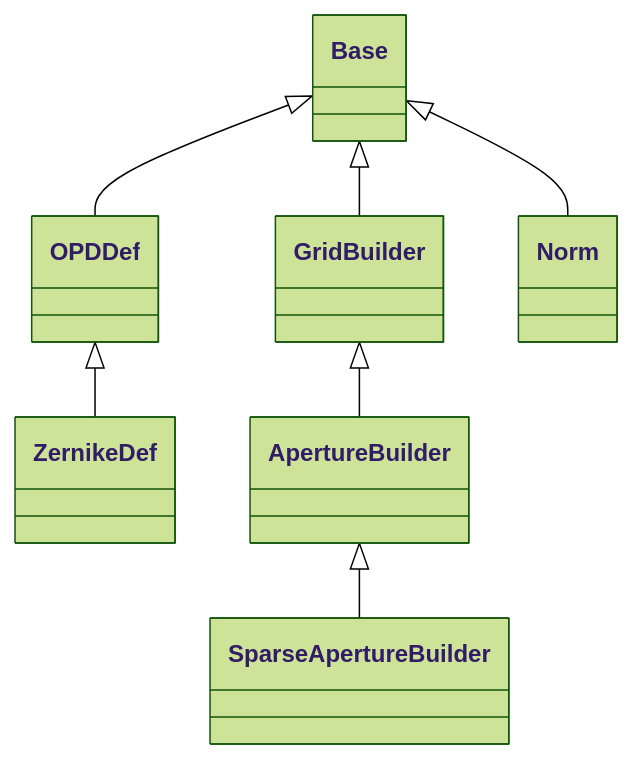
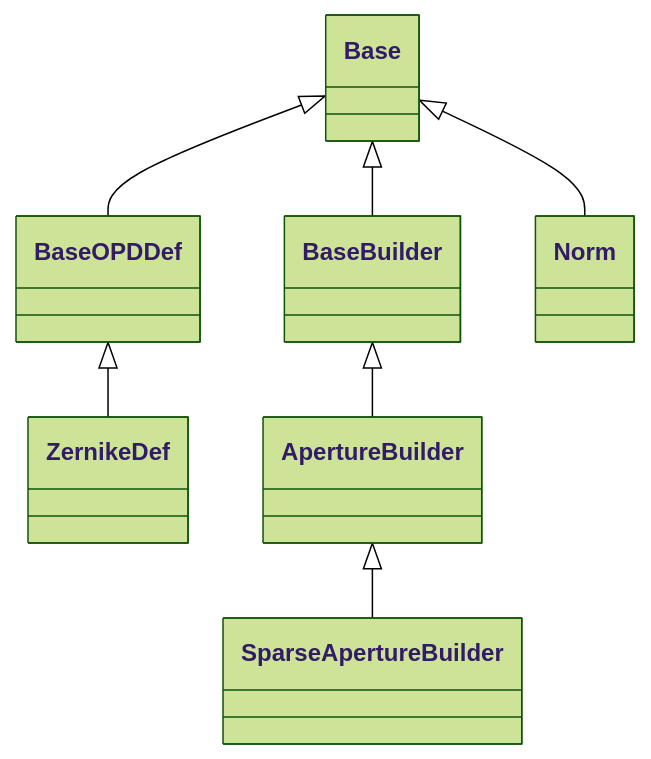
The diagram in docs/API/core/builders.md (LouisDesdoigts/dLux), drawn with Mermaid (forest theme) before and after one commit. The commit also changed other lines of this file and 1 other file, not shown here.

Commit message:
Regenerate builder API reference

````diff
--- a/docs/API/core/builders.md
+++ b/docs/API/core/builders.md
@@ -7,22 +7,22 @@
 ```mermaid
 classDiagram
-    class dLux_builders_GridBuilder["GridBuilder"]
-    class dLux_builders_OPDDef["OPDDef"]
+    class dLux_builders_BaseBuilder["BaseBuilder"]
+    class dLux_builders_BaseOPDDef["BaseOPDDef"]
     class dLux_builders_Norm["Norm"]
     class dLux_builders_ZernikeDef["ZernikeDef"]
     class dLux_builders_ApertureBuilder["ApertureBuilder"]
     class dLux_builders_SparseApertureBuilder["SparseApertureBuilder"]
     class dLux_base_Base["Base"]
-    dLux_base_Base <|-- dLux_builders_GridBuilder
-    click dLux_builders_GridBuilder href "#dLux.builders.GridBuilder" "Methods: validate(), build()"
-    dLux_base_Base <|-- dLux_builders_OPDDef
-    click dLux_builders_OPDDef href "#dLux.builders.OPDDef" "Methods: calculate()"
+    dLux_base_Base <|-- dLux_builders_BaseBuilder
+    click dLux_builders_BaseBuilder href "#dLux.builders.BaseBuilder" "Methods: validate(), build()"
+    dLux_base_Base <|-- dLux_builders_BaseOPDDef
+    click dLux_builders_BaseOPDDef href "#dLux.builders.BaseOPDDef" "Methods: calculate()"
     dLux_base_Base <|-- dLux_builders_Norm
     click dLux_builders_Norm href "#dLux.builders.Norm" "Attributes: mode, scale"
-    dLux_builders_OPDDef <|-- dLux_builders_ZernikeDef
+    dLux_builders_BaseOPDDef <|-- dLux_builders_ZernikeDef
     click dLux_builders_ZernikeDef href "#dLux.builders.ZernikeDef" "Attributes: nolls, groups, order, oversize, norm, method · Methods: calculate()"
-    dLux_builders_GridBuilder <|-- dLux_builders_ApertureBuilder
+    dLux_builders_BaseBuilder <|-- dLux_builders_ApertureBuilder
     click dLux_builders_ApertureBuilder href "#dLux.builders.ApertureBuilder" "Attributes: primary, obscurations, opd, oversample · Methods: build(), aperture_data()"
     dLux_builders_ApertureBuilder <|-- dLux_builders_SparseApertureBuilder
     click dLux_builders_SparseApertureBuilder href "#dLux.builders.SparseApertureBuilder" "Attributes: centers, global_obscurations · Methods: aperture_data()"
 ```
````
